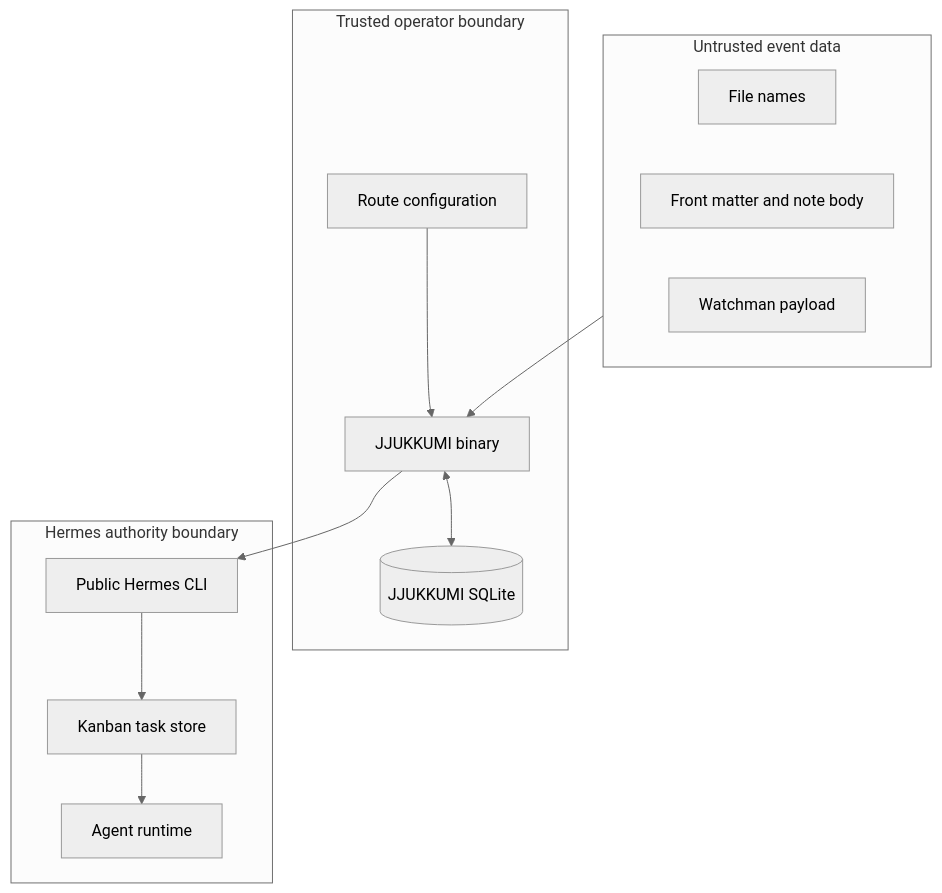
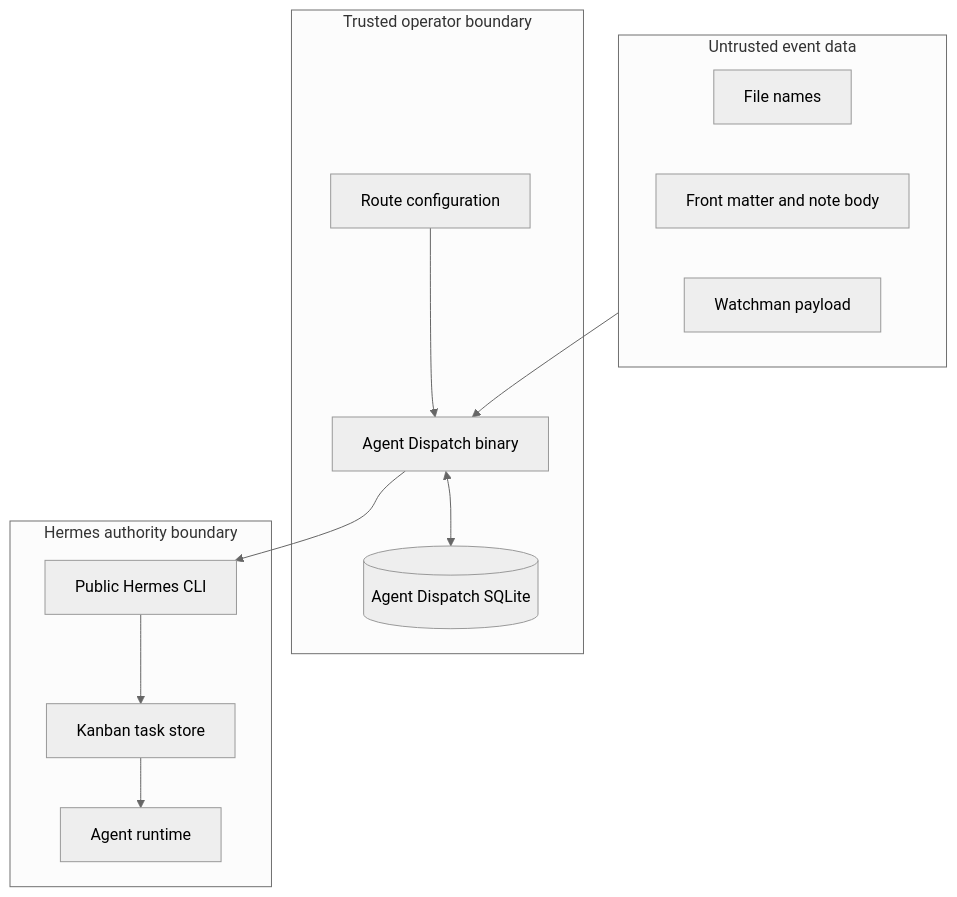
Before and after one commit to irootkernel/agent-dispatch: the second of 3 diagrams in docs/docs/01-architecture/architecture-overview.md, drawn with Mermaid (neutral theme). The commit also changed other lines of this file and 206 other files, not shown here.

First line of the commit message:
[E6] Rename jjukkumi references to Agent Dispatch across sources and docs

````diff
--- a/docs/docs/01-architecture/architecture-overview.md
+++ b/docs/docs/01-architecture/architecture-overview.md
@@ -29,26 +29,26 @@
 ```mermaid
 flowchart TB
     subgraph TrustedOperator[Trusted operator boundary]
         CFG[Route configuration]
-        BIN[JJUKKUMI binary]
-        DB[(JJUKKUMI SQLite)]
+        BIN[Agent Dispatch binary]
+        DB[(Agent Dispatch SQLite)]
     end
 
     subgraph UntrustedSource[Untrusted event data]
         FN[File names]
         FM[Front matter and note body]
         WJ[Watchman payload]
     end
 
     subgraph HermesBoundary[Hermes authority boundary]
         HCLI[Public Hermes CLI]
         HK[Kanban task store]
         HA[Agent runtime]
     end
 
     UntrustedSource --> BIN
     CFG --> BIN
     BIN <--> DB
     BIN --> HCLI
     HCLI --> HK --> HA
 ```
````
